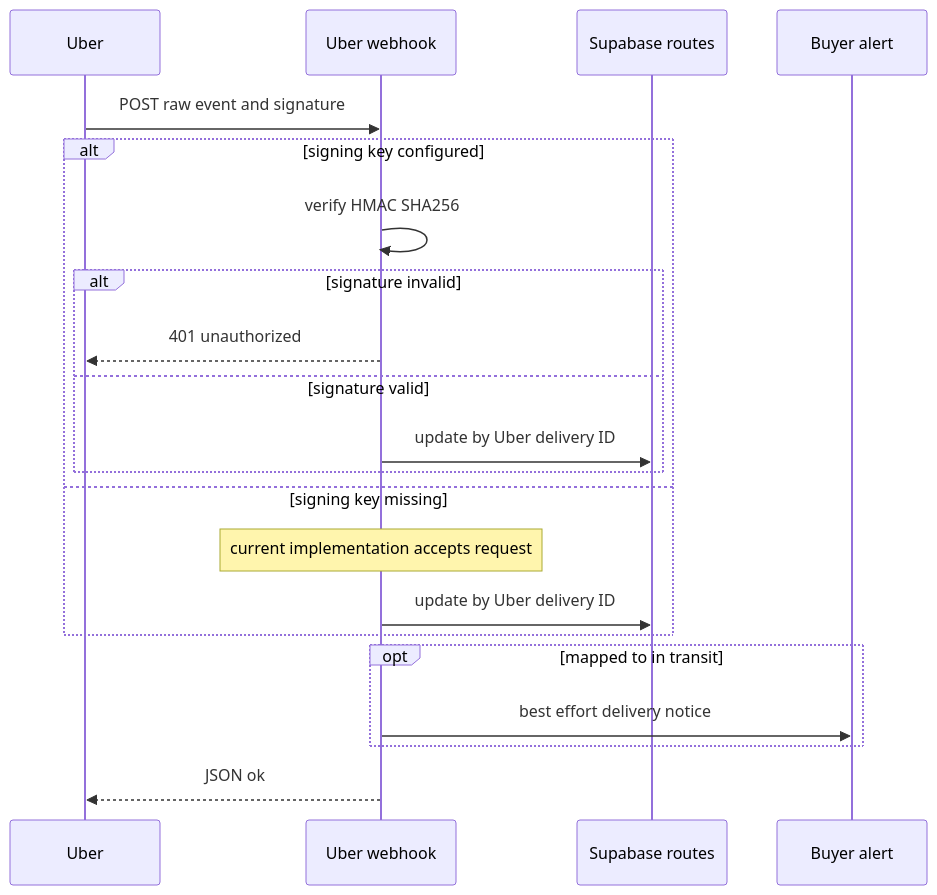
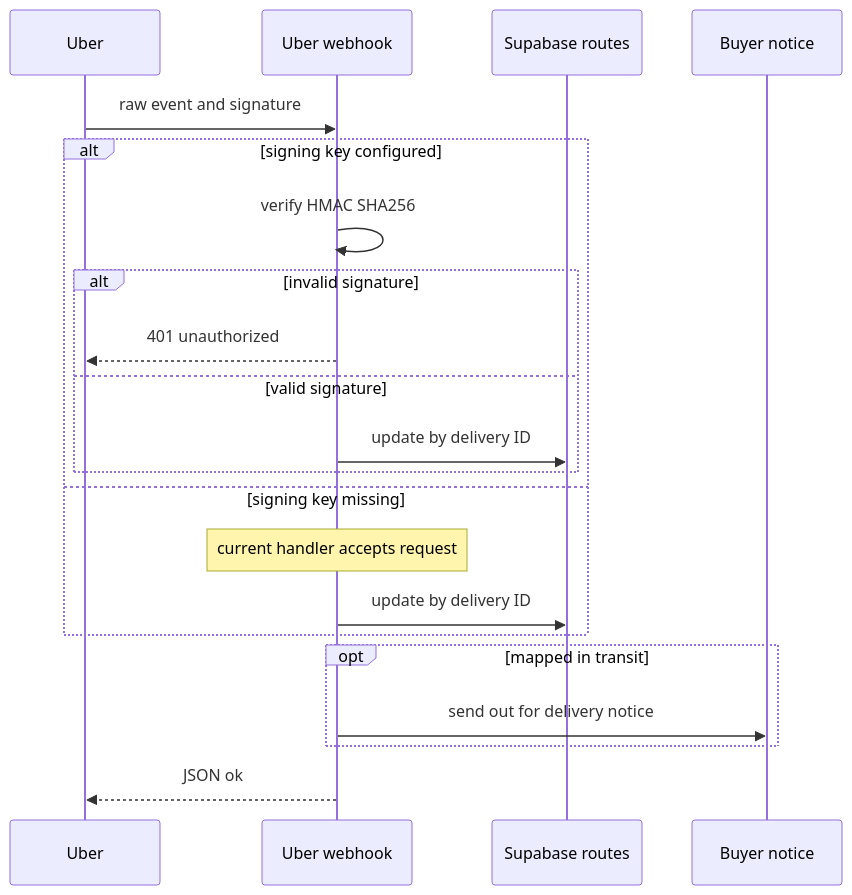
Before and after one commit to Schneider-Gr/industria24hIA: the second of 2 diagrams in openwiki/integrations/external-services-and-webhooks.md, drawn with Mermaid. The commit also changed other lines of this file and 32 other files, not shown here.

````diff
--- a/openwiki/integrations/external-services-and-webhooks.md
+++ b/openwiki/integrations/external-services-and-webhooks.md
@@ -78,23 +133,23 @@
 ```mermaid
 sequenceDiagram
     participant Uber
-    participant DeliveryHook as Uber webhook
+    participant Hook as Uber webhook
     participant DB as Supabase routes
-    participant Alert as Buyer alert
-    Uber->>DeliveryHook: POST raw event and signature
+    participant Alert as Buyer notice
+    Uber->>Hook: raw event and signature
     alt signing key configured
-        DeliveryHook->>DeliveryHook: verify HMAC SHA256
-        alt signature invalid
-            DeliveryHook-->>Uber: 401 unauthorized
-        else signature valid
-            DeliveryHook->>DB: update by Uber delivery ID
+        Hook->>Hook: verify HMAC SHA256
+        alt invalid signature
+            Hook-->>Uber: 401 unauthorized
+        else valid signature
+            Hook->>DB: update by delivery ID
         end
     else signing key missing
-        Note over DeliveryHook: current implementation accepts request
-        DeliveryHook->>DB: update by Uber delivery ID
+        Note over Hook: current handler accepts request
+        Hook->>DB: update by delivery ID
     end
-    opt mapped to in transit
-        DeliveryHook->>Alert: best effort delivery notice
+    opt mapped in transit
+        Hook->>Alert: send out for delivery notice
     end
-    DeliveryHook-->>Uber: JSON ok
+    Hook-->>Uber: JSON ok
 ```
````
